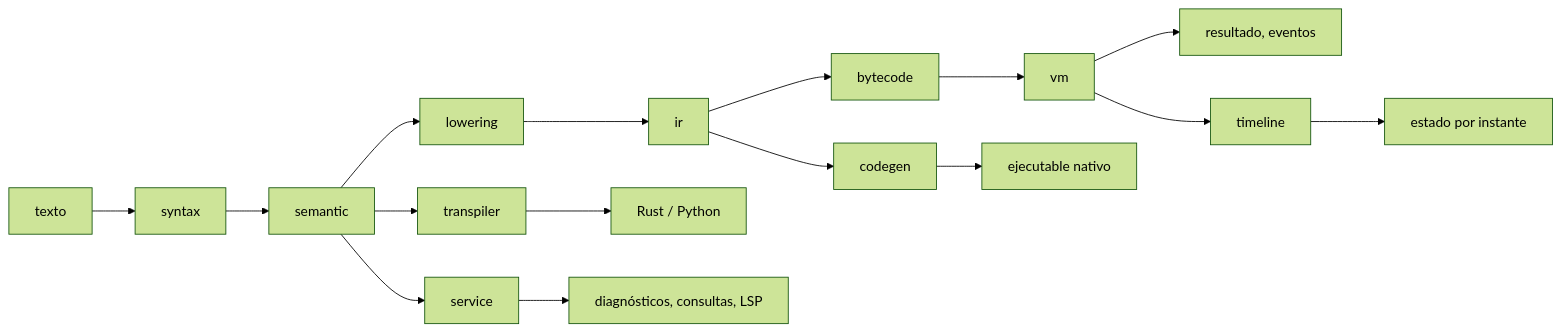
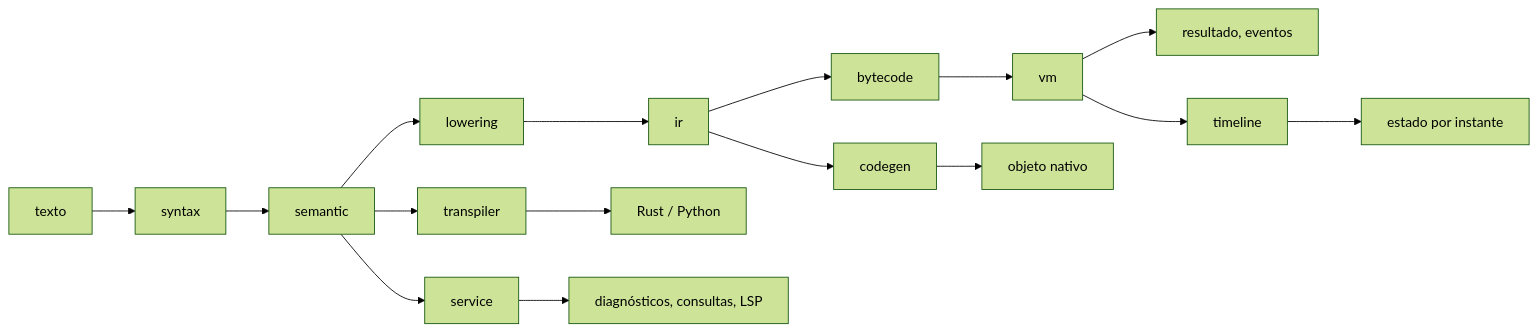
One commit to cgutieco/pseudolearn changed the third of 3 diagrams in packages/pseudolearn_engine/README.md. Above: the diagram before and after it, drawn with Mermaid (forest theme). The commit also changed other lines of this file and 29 other files, not shown here.

Commit message:
refactor(architecture): clear generated_sources and maintain deterministic output crates

````diff
--- a/packages/pseudolearn_engine/README.md
+++ b/packages/pseudolearn_engine/README.md
@@ -106,9 +115,9 @@
 ```mermaid
 flowchart LR
     T["texto"] --> P["syntax"] --> S["semantic"] --> L["lowering"] --> I["ir"]
     I --> B["bytecode"] --> V["vm"] --> O["resultado, eventos"]
     V --> TL["timeline"] --> E["estado por instante"]
-    I --> C["codegen"] --> N["ejecutable nativo"]
+    I --> C["codegen"] --> N["objeto nativo"]
     S --> TR["transpiler"] --> R["Rust / Python"]
     S --> SV["service"] --> D["diagnósticos, consultas, LSP"]
 ```
````
